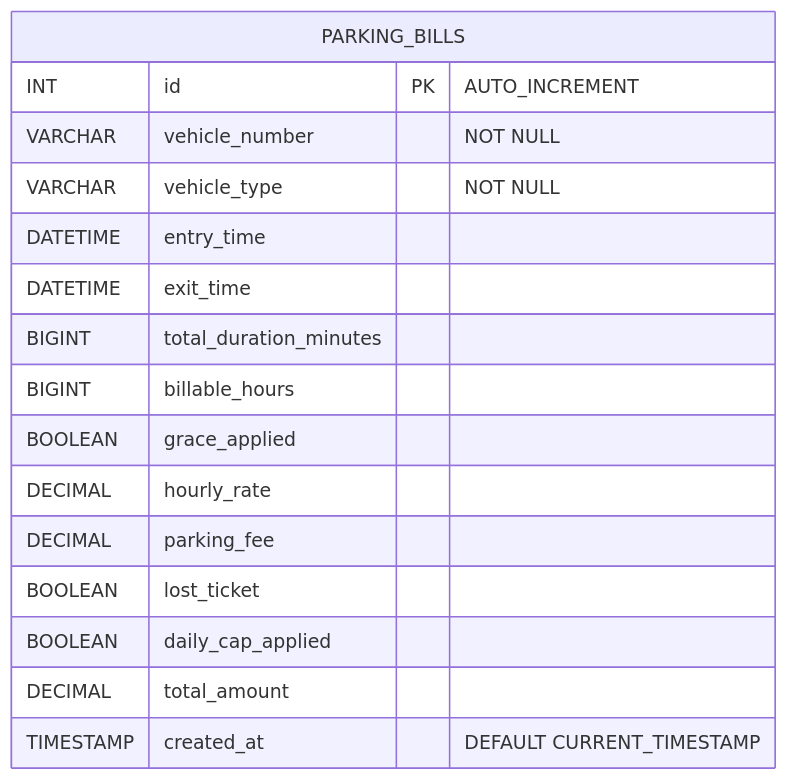
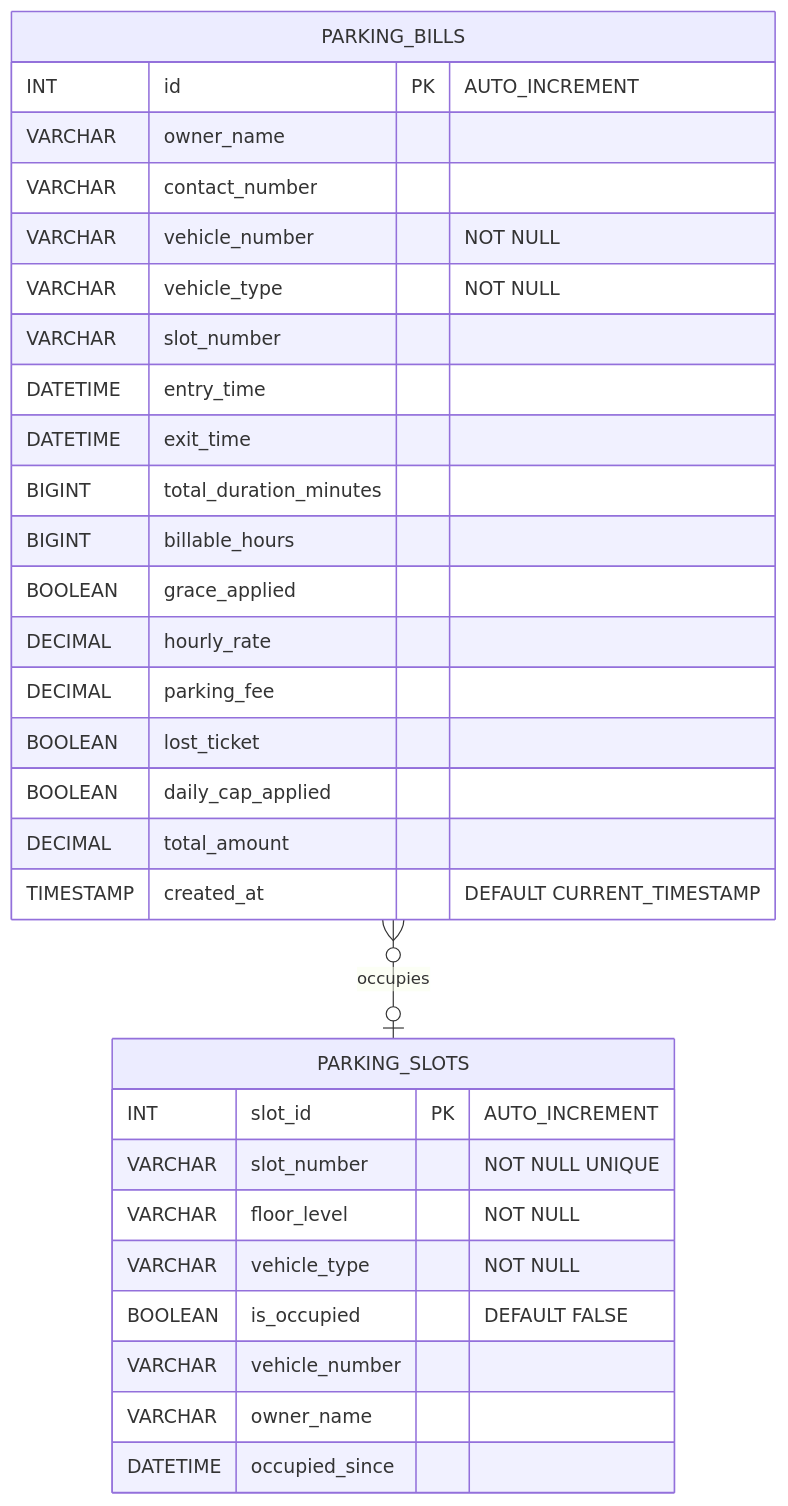
One commit to KL2300030695/SmartParking changed the fourth of 4 diagrams in README.md. Above: the diagram before and after it, drawn with Mermaid. The commit also changed other lines of this file, not shown here.

Commit message:
docs: update README diagrams to include Owner, Contact, Slot, and new Servlets/DAOs

````diff
--- a/README.md
+++ b/README.md
@@ -211,19 +273,35 @@
 ```mermaid
 erDiagram
     PARKING_BILLS {
         INT id PK "AUTO_INCREMENT"
+        VARCHAR owner_name
+        VARCHAR contact_number
         VARCHAR vehicle_number "NOT NULL"
         VARCHAR vehicle_type "NOT NULL"
+        VARCHAR slot_number
         DATETIME entry_time
         DATETIME exit_time
         BIGINT total_duration_minutes
         BIGINT billable_hours
         BOOLEAN grace_applied
         DECIMAL hourly_rate
         DECIMAL parking_fee
         BOOLEAN lost_ticket
         BOOLEAN daily_cap_applied
         DECIMAL total_amount
         TIMESTAMP created_at "DEFAULT CURRENT_TIMESTAMP"
     }
+
+    PARKING_SLOTS {
+        INT slot_id PK "AUTO_INCREMENT"
+        VARCHAR slot_number "NOT NULL UNIQUE"
+        VARCHAR floor_level "NOT NULL"
+        VARCHAR vehicle_type "NOT NULL"
+        BOOLEAN is_occupied "DEFAULT FALSE"
+        VARCHAR vehicle_number
+        VARCHAR owner_name
+        DATETIME occupied_since
+    }
+
+    PARKING_BILLS }o--o| PARKING_SLOTS : "occupies"
 ```
````
